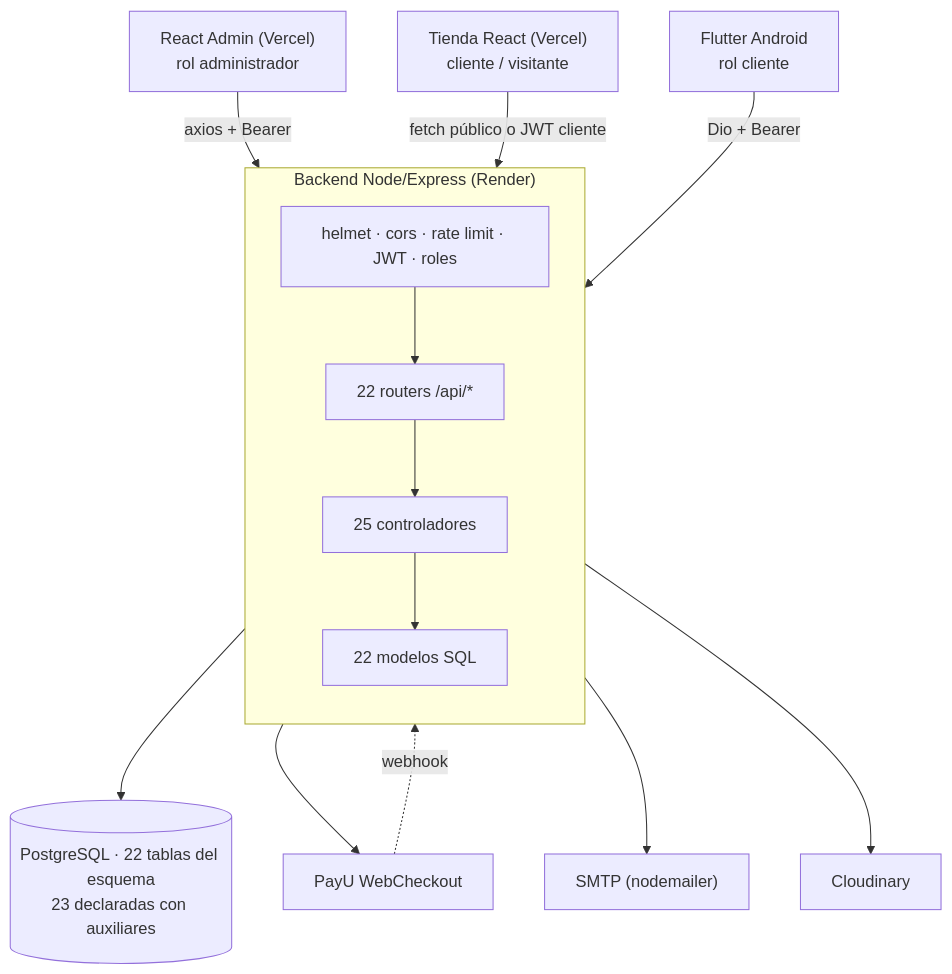
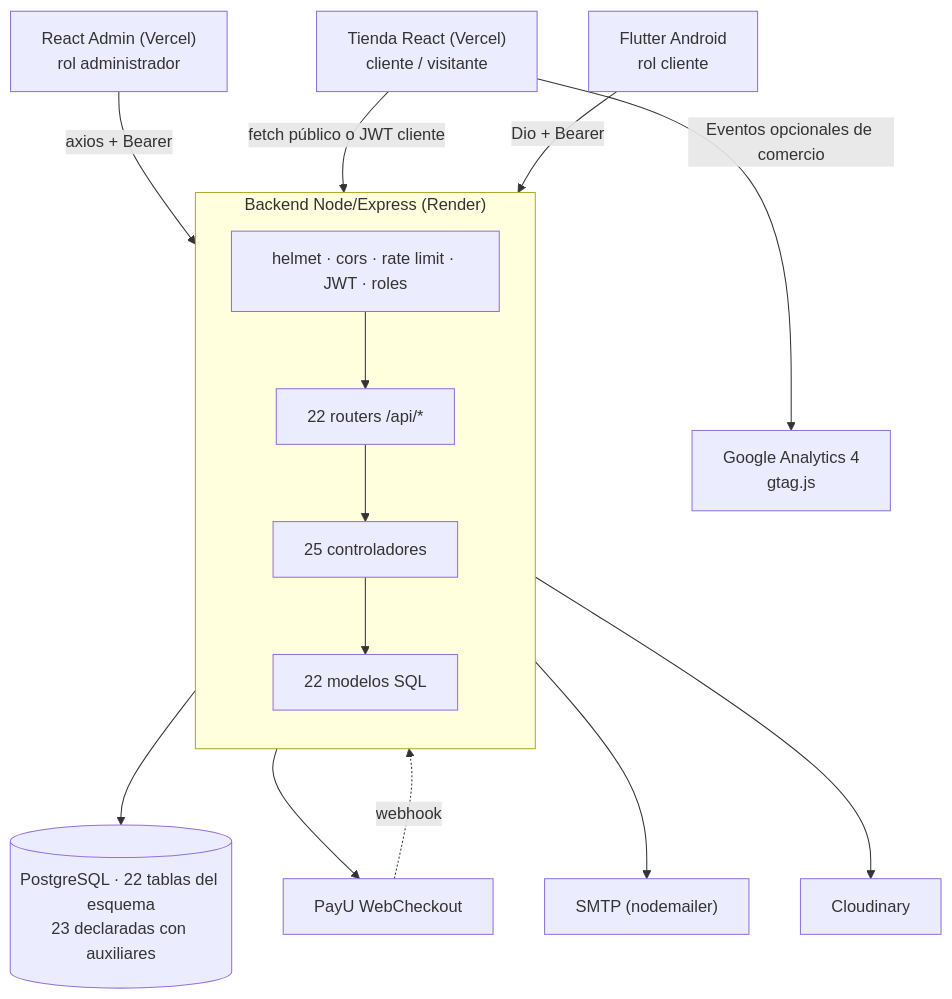
The diagram in docs/architecture/graphs/general-architecture.mmd (jimenezvegaedinson7-dot/librer-a), drawn with Mermaid before and after one commit. The commit also changed 76 other files, not shown here.

```diff
--- a/docs/architecture/graphs/general-architecture.mmd
+++ b/docs/architecture/graphs/general-architecture.mmd
@@ -1,20 +1,21 @@
-%% Generado 2026-11-03 desde el código real (actualizar-mapa.mjs)
+%% Generado 2026-11-10 desde el código real (actualizar-mapa.mjs)
 flowchart TB
     DB[("PostgreSQL · 22 tablas del esquema<br/>23 declaradas con auxiliares")]
     subgraph API["Backend Node/Express (Render)"]
         direction TB
         MW["helmet · cors · rate limit · JWT · roles"]
         R["22 routers /api/*"]
         C["25 controladores"]
         M["22 modelos SQL"]
         MW --> R --> C --> M
     end
     M --> DB
     EXT1["PayU WebCheckout"]
     EXT2["SMTP (nodemailer)"]
     EXT3["Cloudinary"]
     C --> EXT1 & EXT2 & EXT3
     EXT1 -. webhook .-> R
     REACT["React Admin (Vercel)<br/>rol administrador"] -->|"axios + Bearer"| MW
     TIENDA["Tienda React (Vercel)<br/>cliente / visitante"] -->|"fetch público o JWT cliente"| MW
+    TIENDA -->|"Eventos opcionales de comercio"| GA4["Google Analytics 4<br/>gtag.js"]
     FLUTTER["Flutter Android<br/>rol cliente"] -->|"Dio + Bearer"| MW
```
